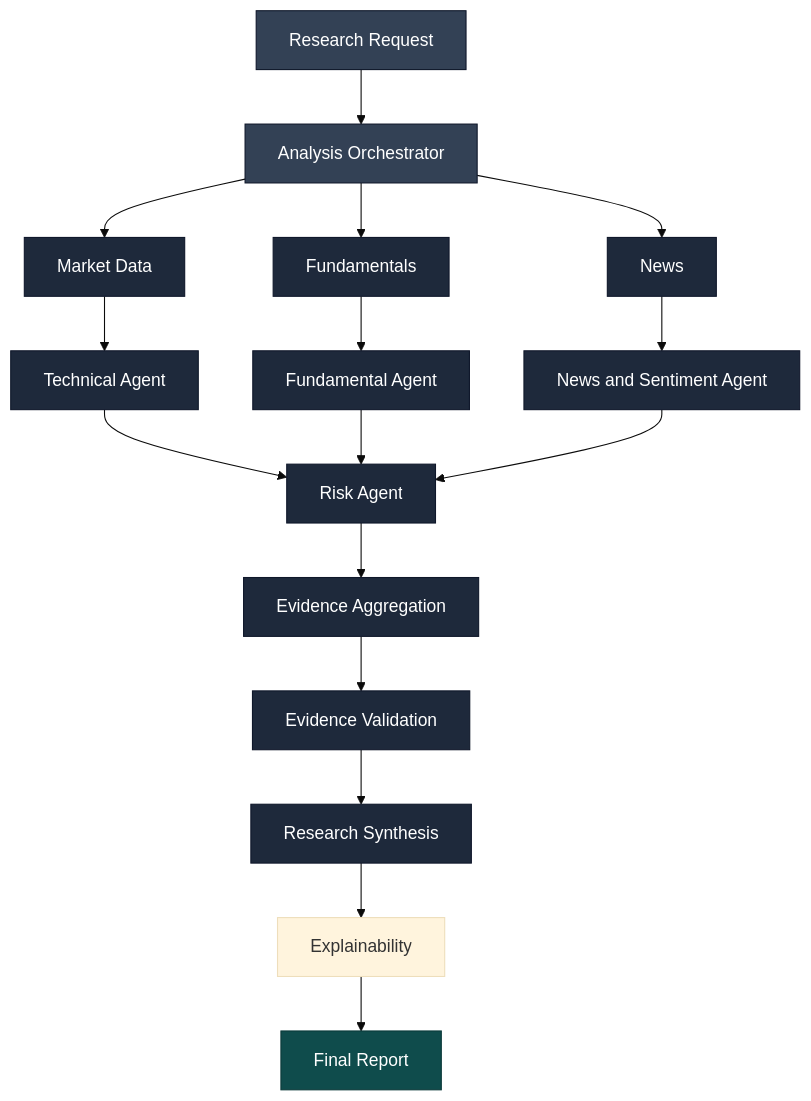
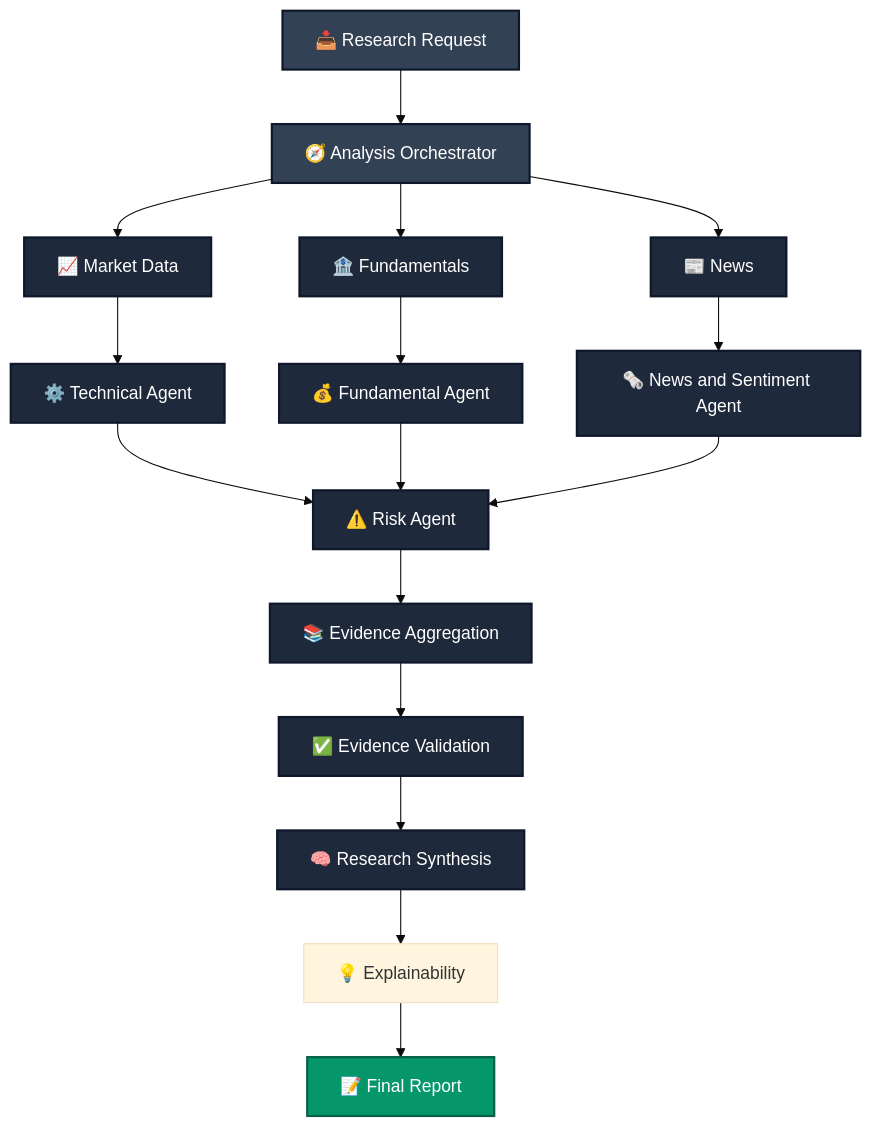
The fourth of 7 diagrams in README.md (bbhavya34/StockLens), drawn with Mermaid (base theme) before and after one commit. The commit also changed other lines of this file, not shown here.

````diff
--- a/README.md
+++ b/README.md
@@ -210,26 +238,26 @@
 ```mermaid
 flowchart TB
-    A[Research Request] --> B[Analysis Orchestrator]
-    B --> C1[Market Data]
-    B --> C2[Fundamentals]
-    B --> C3[News]
-    C1 --> D1[Technical Agent]
-    C2 --> D2[Fundamental Agent]
-    C3 --> D3[News and Sentiment Agent]
-    D1 --> E[Risk Agent]
+    A[📥 Research Request] --> B[🧭 Analysis Orchestrator]
+    B --> C1[📈 Market Data]
+    B --> C2[🏦 Fundamentals]
+    B --> C3[📰 News]
+    C1 --> D1[⚙️ Technical Agent]
+    C2 --> D2[💰 Fundamental Agent]
+    C3 --> D3[🗞️ News and Sentiment Agent]
+    D1 --> E[⚠️ Risk Agent]
     D2 --> E
     D3 --> E
-    E --> F[Evidence Aggregation]
-    F --> G[Evidence Validation]
-    G --> H[Research Synthesis]
-    H --> I[Explainability]
-    I --> J[Final Report]
+    E --> F[📚 Evidence Aggregation]
+    F --> G[✅ Evidence Validation]
+    G --> H[🧠 Research Synthesis]
+    H --> I[💡 Explainability]
+    I --> J[📝 Final Report]
 
-    classDef start fill:#334155,stroke:#0F172A,color:#fff
-    classDef mid fill:#1E293B,stroke:#0F172A,color:#fff
-    classDef final fill:#0F4C4C,stroke:#0B3A3A,color:#fff
+    classDef start fill:#334155,stroke:#0F172A,color:#fff,stroke-width:2px
+    classDef mid fill:#1E293B,stroke:#0F172A,color:#fff,stroke-width:2px
+    classDef final fill:#059669,stroke:#065F46,color:#fff,stroke-width:2px
 
     class A,B start
     class C1,C2,C3,D1,D2,D3,E,F,G,H mid
     class J final
 ```
````
